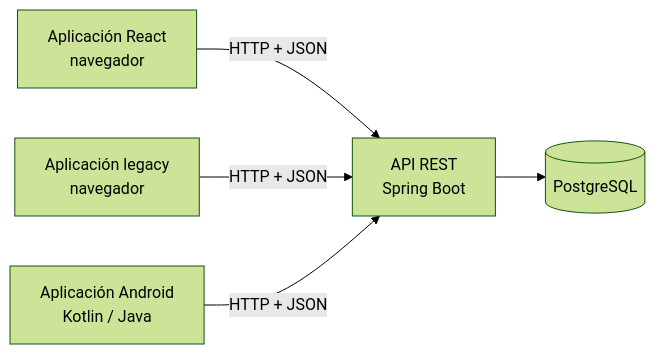
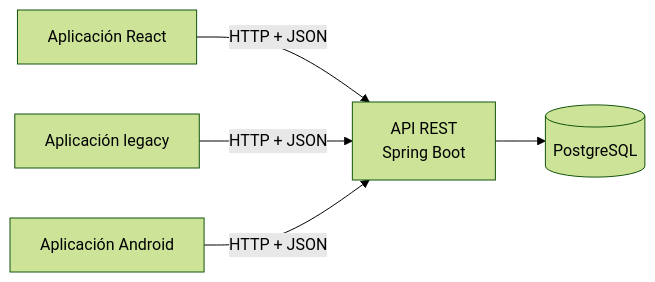
Diagram 13 of 13 in GUIA_PRESENTACION_COMPARATIVA.md (jperezgtdev/legacy-react-umg), drawn with Mermaid (forest theme) before and after one commit. The commit also changed other lines of this file and 1 other file, not shown here.

````diff
--- a/GUIA_PRESENTACION_COMPARATIVA.md
+++ b/GUIA_PRESENTACION_COMPARATIVA.md
@@ -1000,7 +1468,7 @@
 ```mermaid
 flowchart LR
-  R[Aplicación React<br/>navegador] -- HTTP + JSON --> API[API REST<br/>Spring Boot]
-  L[Aplicación legacy<br/>navegador] -- HTTP + JSON --> API
-  A[Aplicación Android<br/>Kotlin / Java] -- HTTP + JSON --> API
+  R[Aplicación React] -- HTTP + JSON --> API[API REST<br/>Spring Boot]
+  L[Aplicación legacy] -- HTTP + JSON --> API
+  A[Aplicación Android] -- HTTP + JSON --> API
   API --> BD[(PostgreSQL)]
 ```
````
